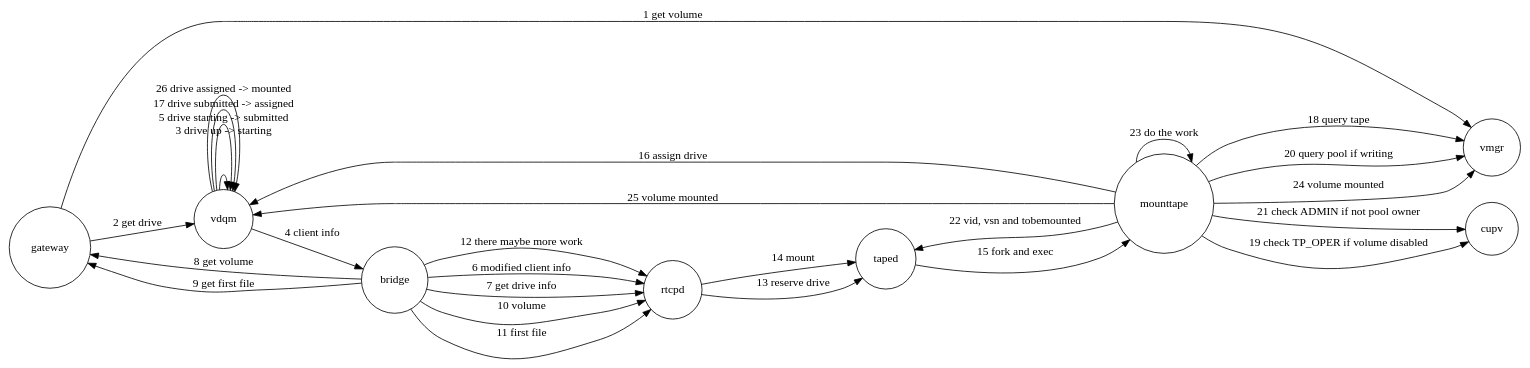
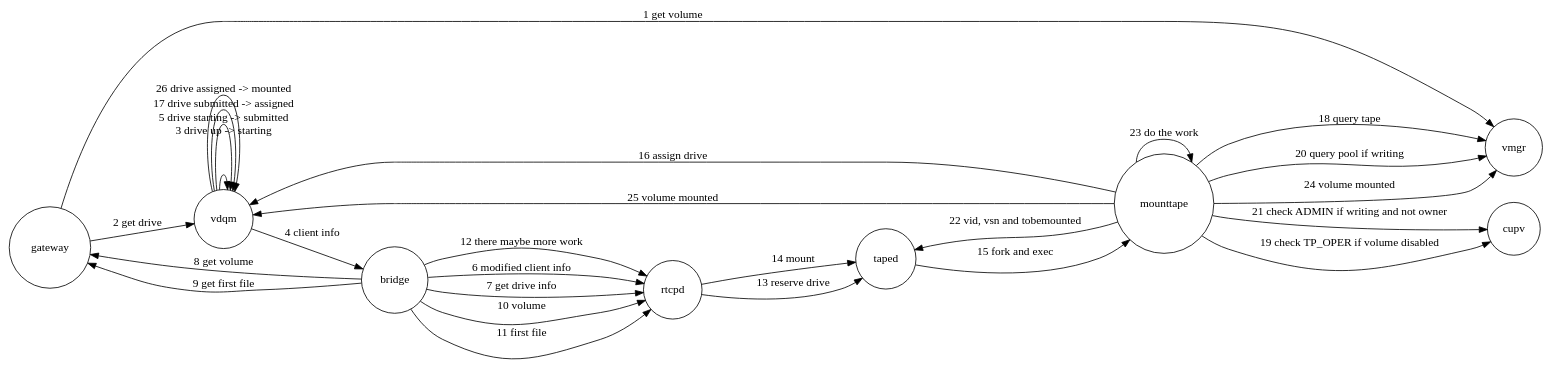
One commit to cern-cta/CTA changed the diagram in castor/tape/doc/collaboration_diagrams/mount_processes.dot. Above: the diagram before and after it, drawn with Graphviz.

Commit message:
mounttape only checks if ADMIN if writing to tape and user is not the pool owner

```diff
--- a/castor/tape/doc/collaboration_diagrams/mount_processes.dot
+++ b/castor/tape/doc/collaboration_diagrams/mount_processes.dot
@@ -1,30 +1,30 @@
 digraph mount_processes {
 rankdir=LR;
 node [shape = circle];
-gateway   -> vmgr      [ label =  "1 get volume"                      ];
-gateway   -> vdqm      [ label =  "2 get drive"                       ];
-vdqm      -> vdqm      [ label =  "3 drive up -> starting\n\n\n "     ];
-vdqm      -> bridge    [ label =  "4 client info"                     ];
-vdqm      -> vdqm      [ label =  "5 drive starting -> submitted"     ];
-bridge    -> rtcpd     [ label =  "6 modified client info"            ];
-bridge    -> rtcpd     [ label =  "7 get drive info"                  ];
-bridge    -> gateway   [ label =  "8 get volume"                      ];
-bridge    -> gateway   [ label =  "9 get first file"                  ];
-bridge    -> rtcpd     [ label = "10 volume"                          ];
-bridge    -> rtcpd     [ label = "11 first file"                      ];
-bridge    -> rtcpd     [ label = "12 there maybe more work"           ];
-rtcpd     -> taped     [ label = "13 reserve drive"                   ];
-rtcpd     -> taped     [ label = "14 mount"                           ];
-taped     -> mounttape [ label = "15 fork and exec"                   ];
-mounttape -> vdqm      [ label = "16 assign drive"                    ];
-vdqm      -> vdqm      [ label = "17 drive submitted -> assigned"     ];
-mounttape -> vmgr      [ label = "18 query tape"                      ];
-mounttape -> cupv      [ label = "19 check TP_OPER if volume disabled"];
-mounttape -> vmgr      [ label = "20 query pool if writing"           ];
-mounttape -> cupv      [ label = "21 check ADMIN if not pool owner"   ];
-mounttape -> taped     [ label = "22 vid, vsn and tobemounted"        ];
-mounttape -> mounttape [ label = "23 do the work"                     ];
-mounttape -> vmgr      [ label = "24 volume mounted"                  ];
-mounttape -> vdqm      [ label = "25 volume mounted"                  ];
-vdqm      -> vdqm      [ label = "26 drive assigned -> mounted"       ];
+gateway   -> vmgr      [ label =  "1 get volume"                          ];
+gateway   -> vdqm      [ label =  "2 get drive"                           ];
+vdqm      -> vdqm      [ label =  "3 drive up -> starting\n\n\n "         ];
+vdqm      -> bridge    [ label =  "4 client info"                         ];
+vdqm      -> vdqm      [ label =  "5 drive starting -> submitted"         ];
+bridge    -> rtcpd     [ label =  "6 modified client info"                ];
+bridge    -> rtcpd     [ label =  "7 get drive info"                      ];
+bridge    -> gateway   [ label =  "8 get volume"                          ];
+bridge    -> gateway   [ label =  "9 get first file"                      ];
+bridge    -> rtcpd     [ label = "10 volume"                              ];
+bridge    -> rtcpd     [ label = "11 first file"                          ];
+bridge    -> rtcpd     [ label = "12 there maybe more work"               ];
+rtcpd     -> taped     [ label = "13 reserve drive"                       ];
+rtcpd     -> taped     [ label = "14 mount"                               ];
+taped     -> mounttape [ label = "15 fork and exec"                       ];
+mounttape -> vdqm      [ label = "16 assign drive"                        ];
+vdqm      -> vdqm      [ label = "17 drive submitted -> assigned"         ];
+mounttape -> vmgr      [ label = "18 query tape"                          ];
+mounttape -> cupv      [ label = "19 check TP_OPER if volume disabled"    ];
+mounttape -> vmgr      [ label = "20 query pool if writing"               ];
+mounttape -> cupv      [ label = "21 check ADMIN if writing and not owner"];
+mounttape -> taped     [ label = "22 vid, vsn and tobemounted"            ];
+mounttape -> mounttape [ label = "23 do the work"                         ];
+mounttape -> vmgr      [ label = "24 volume mounted"                      ];
+mounttape -> vdqm      [ label = "25 volume mounted"                      ];
+vdqm      -> vdqm      [ label = "26 drive assigned -> mounted"           ];
 }
```
